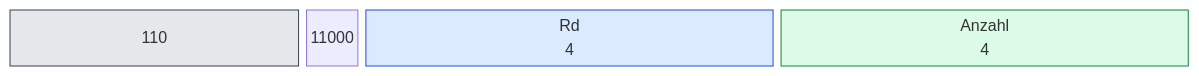
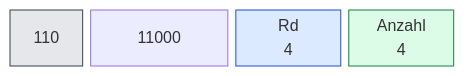
One commit to olfp/Deep16 changed diagram 22 of 32 in book/kap03.md. Above: the diagram before and after it, drawn with Mermaid. The commit also changed other lines of this file and 1 other file, not shown here.

Commit message:
book(kap03): alle 32 Befehlsdiagramme auf 31-Spalten-Layout normiert

````diff
--- a/book/kap03.md
+++ b/book/kap03.md
@@ -731,17 +731,17 @@
 ```mermaid
 block-beta
   columns 31
   classDef op fill:#e5e7eb,stroke:#374151
   classDef reg fill:#dbeafe,stroke:#1d4ed8
   classDef imm fill:#fef3c7,stroke:#b45309
   classDef off fill:#dcfce7,stroke:#15803d
   classDef seg fill:#ede9fe,stroke:#6d28d9
   classDef all fill:#fee2e2,stroke:#b91c1c
   b0["110"]:5
-  b1["11000"]:1
+  b1["11000"]:9
   b2["Rd<br/>4"]:7
   b3["Anzahl<br/>4"]:7
   class b0 b1 op
   class b2 reg
   class b3 off
 ```
````
